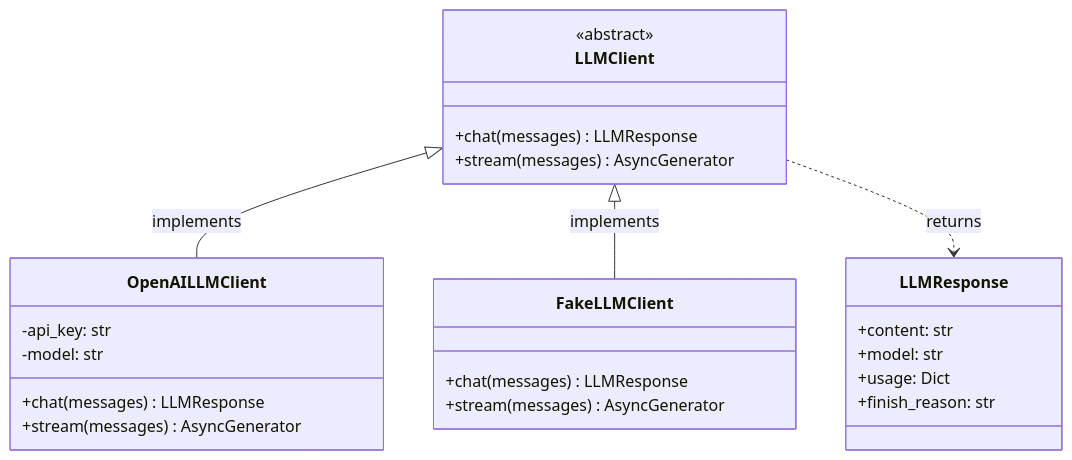
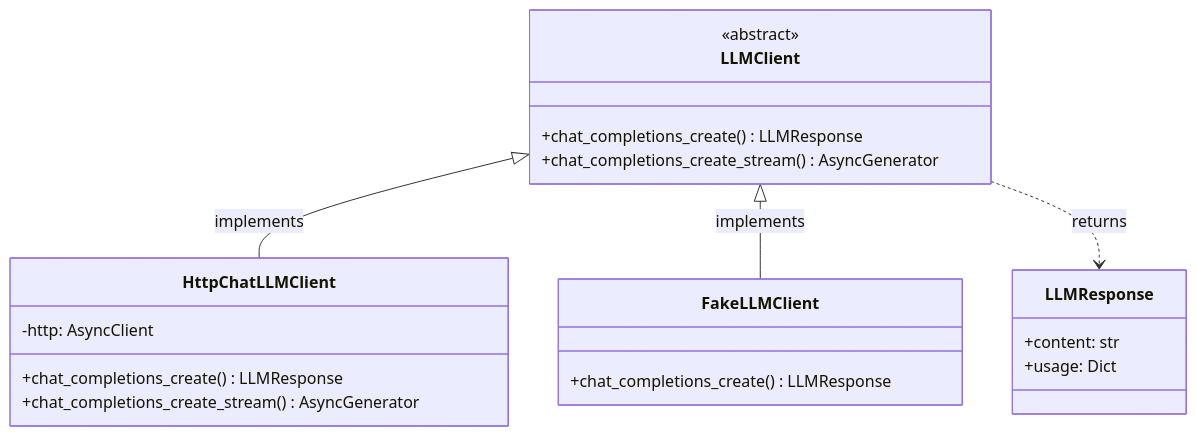
Before and after one commit to mayad123/movieAgent: the first of 4 diagrams in docs/features/llm/LLM_CLIENT.md, drawn with Mermaid. The commit also changed other lines of this file and 33 other files, not shown here.

First line of the commit message:
Shift CineMind to an OpenAI-compatible HTTP LLM stack and remove MIT/OpenAI-specific repo assumptions.

````diff
--- a/docs/features/llm/LLM_CLIENT.md
+++ b/docs/features/llm/LLM_CLIENT.md
@@ -39,31 +39,27 @@
 ```mermaid
 classDiagram
     class LLMClient {
         <<abstract>>
-        +chat(messages) LLMResponse
-        +stream(messages) AsyncGenerator
+        +chat_completions_create() LLMResponse
+        +chat_completions_create_stream() AsyncGenerator
     }
 
-    class OpenAILLMClient {
-        -api_key: str
-        -model: str
-        +chat(messages) LLMResponse
-        +stream(messages) AsyncGenerator
+    class HttpChatLLMClient {
+        -http: AsyncClient
+        +chat_completions_create() LLMResponse
+        +chat_completions_create_stream() AsyncGenerator
     }
 
     class FakeLLMClient {
-        +chat(messages) LLMResponse
-        +stream(messages) AsyncGenerator
+        +chat_completions_create() LLMResponse
     }
 
     class LLMResponse {
         +content: str
-        +model: str
         +usage: Dict
-        +finish_reason: str
     }
 
-    LLMClient <|-- OpenAILLMClient : implements
+    LLMClient <|-- HttpChatLLMClient : implements
     LLMClient <|-- FakeLLMClient : implements
     LLMClient ..> LLMResponse : returns
 ```
````
